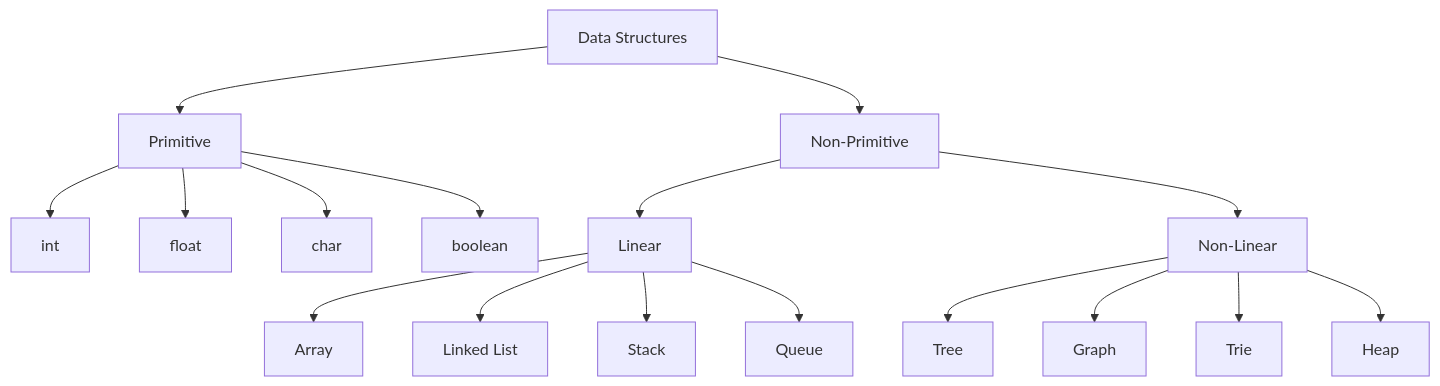
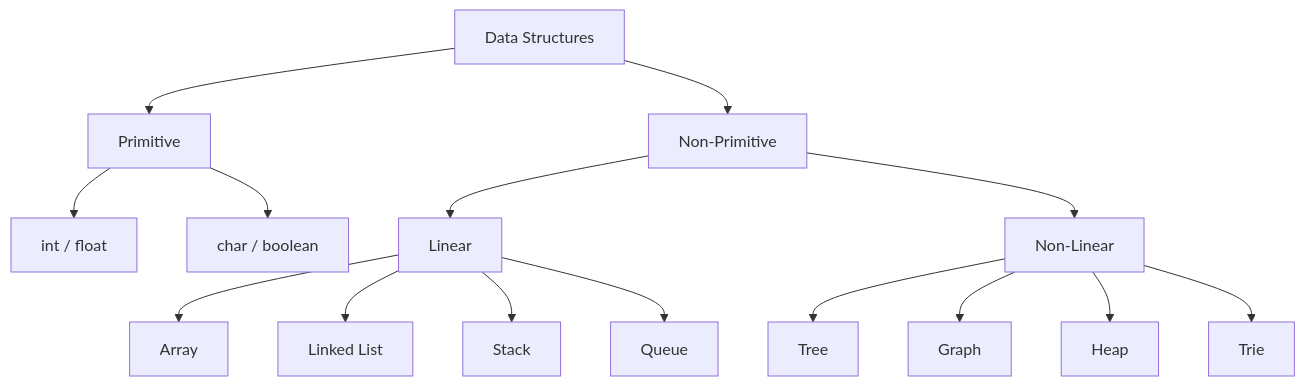
One commit to Kshitijgul/Notes changed the fourth of 12 diagrams in DSA/01-Introduction.md. Above: the diagram before and after it, drawn with Mermaid. The commit also changed other lines of this file and 1 other file, not shown here.

````diff
--- a/DSA/01-Introduction.md
+++ b/DSA/01-Introduction.md
@@ -341,23 +402,21 @@
 ```mermaid
 flowchart TD
     A[Data Structures] --> B[Primitive]
     A --> C[Non-Primitive]
-    
-    B --> B1[int]
-    B --> B2[float]
-    B --> B3[char]
-    B --> B4[boolean]
-    
+
+    B --> B1[int / float]
+    B --> B2[char / boolean]
+
     C --> D[Linear]
     C --> E[Non-Linear]
-    
+
     D --> D1[Array]
     D --> D2[Linked List]
     D --> D3[Stack]
     D --> D4[Queue]
-    
+
     E --> E1[Tree]
     E --> E2[Graph]
-    E --> E3[Trie]
-    E --> E4[Heap]
+    E --> E3[Heap]
+    E --> E4[Trie]
 ```
````
